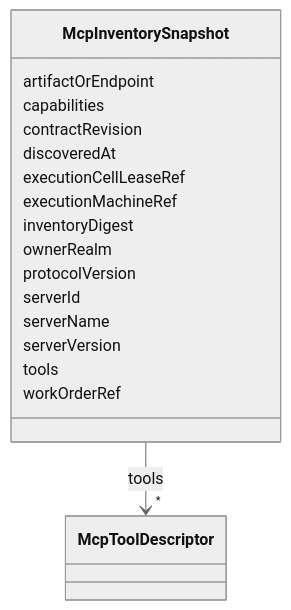
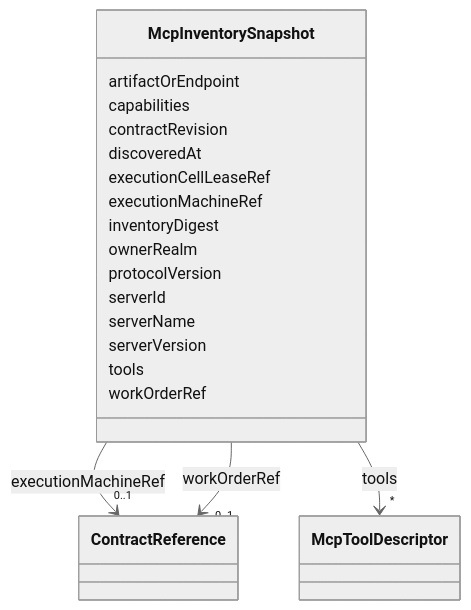
One commit to open4good/jumo-core changed the diagram in metamodel/generated/docs/McpInventorySnapshot.md. Above: the diagram before and after it, drawn with Mermaid (neutral theme). The commit also changed other lines of this file and 33 other files, not shown here.

````diff
--- a/metamodel/generated/docs/McpInventorySnapshot.md
+++ b/metamodel/generated/docs/McpInventorySnapshot.md
@@ -23,43 +23,61 @@
 ```mermaid
  classDiagram
     class McpInventorySnapshot
     click McpInventorySnapshot href "../McpInventorySnapshot/"
       McpInventorySnapshot : artifactOrEndpoint
 
       McpInventorySnapshot : capabilities
 
       McpInventorySnapshot : contractRevision
 
       McpInventorySnapshot : discoveredAt
 
       McpInventorySnapshot : executionCellLeaseRef
 
       McpInventorySnapshot : executionMachineRef
+
+
+
+
+
+        McpInventorySnapshot --> "0..1" ContractReference : executionMachineRef
+        click ContractReference href "../ContractReference/"
+
+
 
       McpInventorySnapshot : inventoryDigest
 
       McpInventorySnapshot : ownerRealm
 
       McpInventorySnapshot : protocolVersion
 
       McpInventorySnapshot : serverId
 
       McpInventorySnapshot : serverName
 
       McpInventorySnapshot : serverVersion
 
       McpInventorySnapshot : tools
 
 
 
 
 
         McpInventorySnapshot --> "*" McpToolDescriptor : tools
         click McpToolDescriptor href "../McpToolDescriptor/"
 
 
 
       McpInventorySnapshot : workOrderRef
 
 
+
+
+
+        McpInventorySnapshot --> "0..1" ContractReference : workOrderRef
+        click ContractReference href "../ContractReference/"
+
+
+
+
 ```
````
